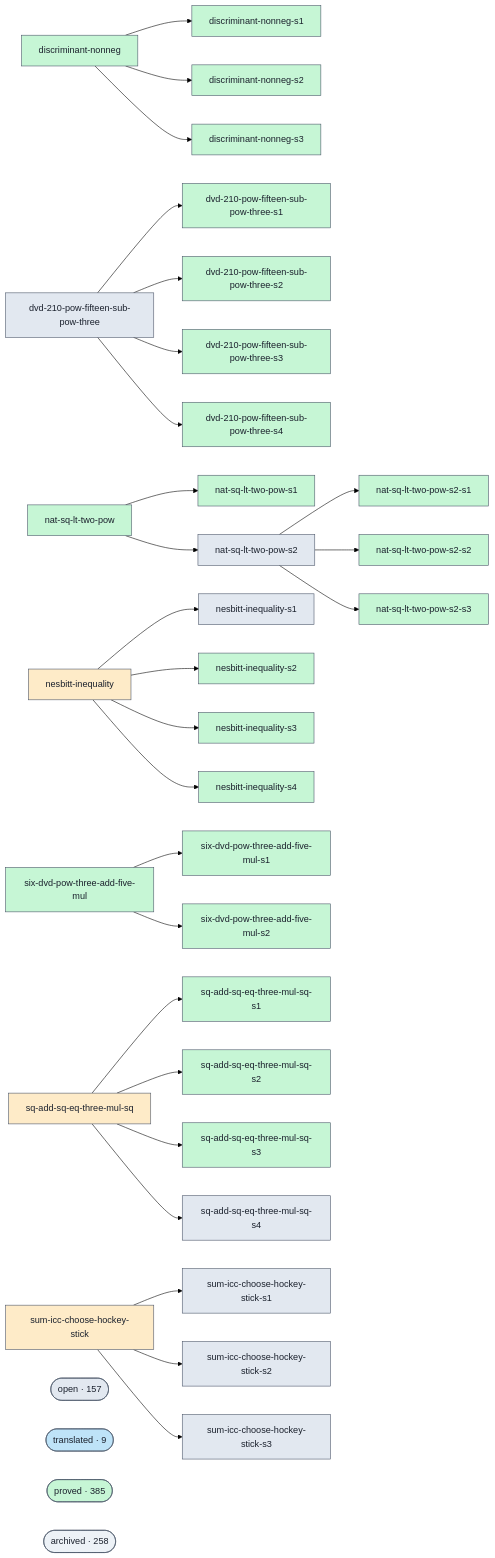
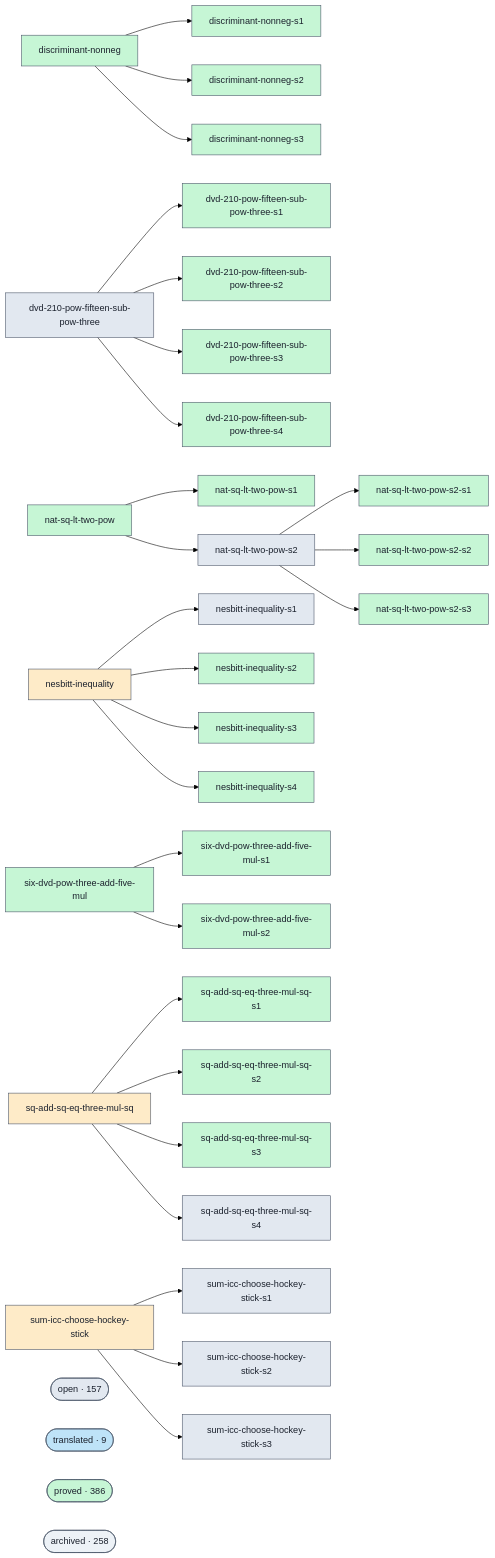
One commit to ohdearquant/unsorry changed the diagram in docs/proofs-contributors-visualisation.md. Above: the diagram before and after it, drawn with Mermaid (forest theme). The commit also changed other lines of this file and 2 other files, not shown here.

```diff
--- a/docs/proofs-contributors-visualisation.md
+++ b/docs/proofs-contributors-visualisation.md
@@ -147,7 +147,7 @@
   class cluster_open open;
   cluster_translated(["translated · 9"])
   class cluster_translated translated;
-  cluster_proved(["proved · 385"])
+  cluster_proved(["proved · 386"])
   class cluster_proved proved;
   cluster_archived(["archived · 258"])
   class cluster_archived unknown;
```
